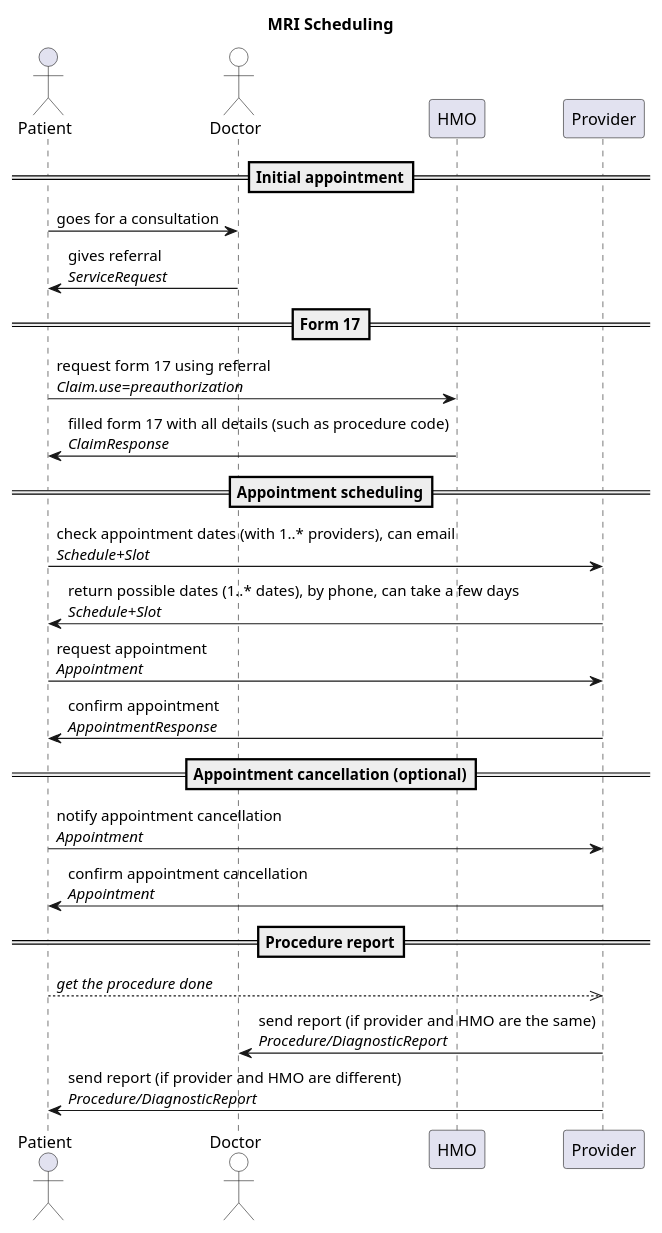
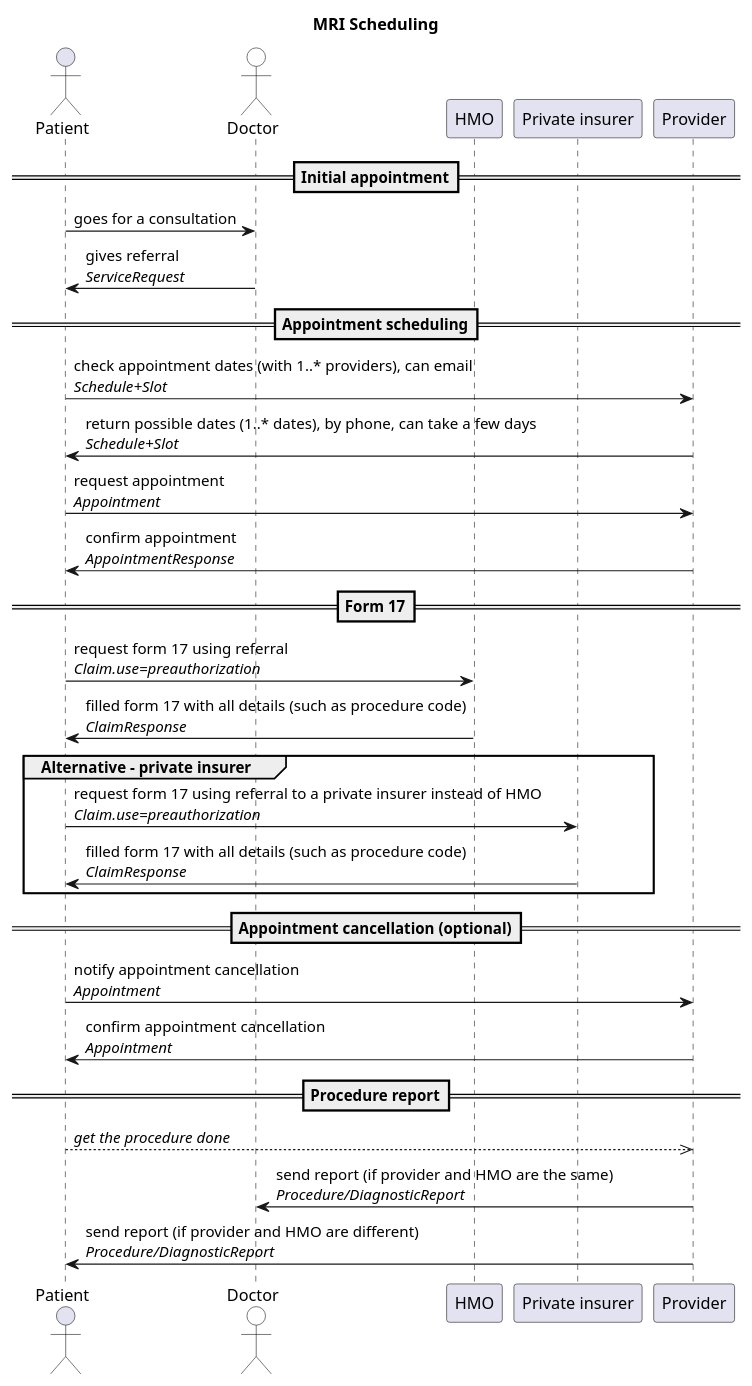
Before and after one commit to vadi2/MRI-Scheduling: the diagram in input/images-source/workflow.plantuml, drawn with PlantUML.

Commit message:
Add private insurer

```diff
--- a/input/images-source/workflow.plantuml
+++ b/input/images-source/workflow.plantuml
@@ -1,34 +1,40 @@
 @startuml
 'see documentation at https://plantuml.com/sequence-diagram
 
 title "MRI Scheduling"
 
 actor Patient
 actor Doctor #white
 participant HMO
+participant "Private insurer"
 participant Provider
 
 == Initial appointment==
 Patient -> Doctor: goes for a consultation
 Doctor -> Patient: gives referral\n//ServiceRequest//
 
-== Form 17==
-Patient -> HMO: request form 17 using referral\n//Claim.use=preauthorization//
-HMO -> Patient: filled form 17 with all details (such as procedure code)\n//ClaimResponse//
-
 == Appointment scheduling==
 Patient -> Provider: check appointment dates (with 1..* providers), can email\n//Schedule+Slot//
 Provider -> Patient: return possible dates (1..* dates), by phone, can take a few days\n//Schedule+Slot//
 Patient -> Provider: request appointment\n//Appointment//
 Provider -> Patient: confirm appointment\n//AppointmentResponse//
+
+== Form 17==
+Patient -> HMO: request form 17 using referral\n//Claim.use=preauthorization//
+HMO -> Patient: filled form 17 with all details (such as procedure code)\n//ClaimResponse//
+
+Group Alternative - private insurer
+Patient -> "Private insurer": request form 17 using referral to a private insurer instead of HMO\n//Claim.use=preauthorization//
+"Private insurer" -> Patient: filled form 17 with all details (such as procedure code)\n//ClaimResponse//
+end
 
 == Appointment cancellation (optional)==
 Patient -> Provider: notify appointment cancellation\n//Appointment//
 Provider -> Patient: confirm appointment cancellation\n//Appointment//
 
 == Procedure report==
 Patient -->> Provider: //get the procedure done//
 Provider -> Doctor: send report (if provider and HMO are the same)\n//Procedure/DiagnosticReport//
 Provider -> Patient: send report (if provider and HMO are different)\n//Procedure/DiagnosticReport//
 
 @enduml
```
